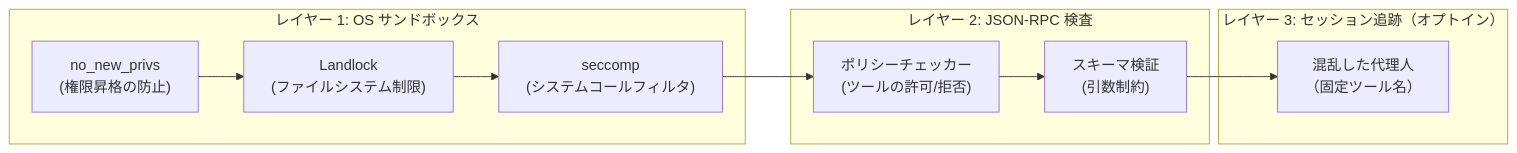
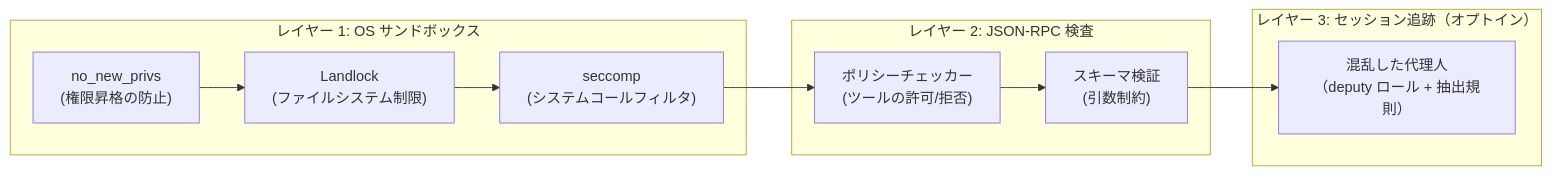
Before and after one commit to strumbyte/mcp-writ: the second of 10 diagrams in docs/guide.ja.md, drawn with Mermaid. The commit also changed other lines of this file and 17 other files, not shown here.

````diff
--- a/docs/guide.ja.md
+++ b/docs/guide.ja.md
@@ -58,19 +58,19 @@
 ```mermaid
 graph LR
     subgraph "レイヤー 1: OS サンドボックス"
         W1["no_new_privs<br/>(権限昇格の防止)"]
         W2["Landlock<br/>(ファイルシステム制限)"]
         W3["seccomp<br/>(システムコールフィルタ)"]
     end
 
     subgraph "レイヤー 2: JSON-RPC 検査"
         A1["ポリシーチェッカー<br/>(ツールの許可/拒否)"]
         A2["スキーマ検証<br/>(引数制約)"]
     end
 
     subgraph "レイヤー 3: セッション追跡（オプトイン）"
-        S1["混乱した代理人<br/>（固定ツール名）"]
+        S1["混乱した代理人<br/>（deputy ロール + 抽出規則）"]
     end
 
     W1 --> W2 --> W3 --> A1 --> A2 --> S1
 ```
````
